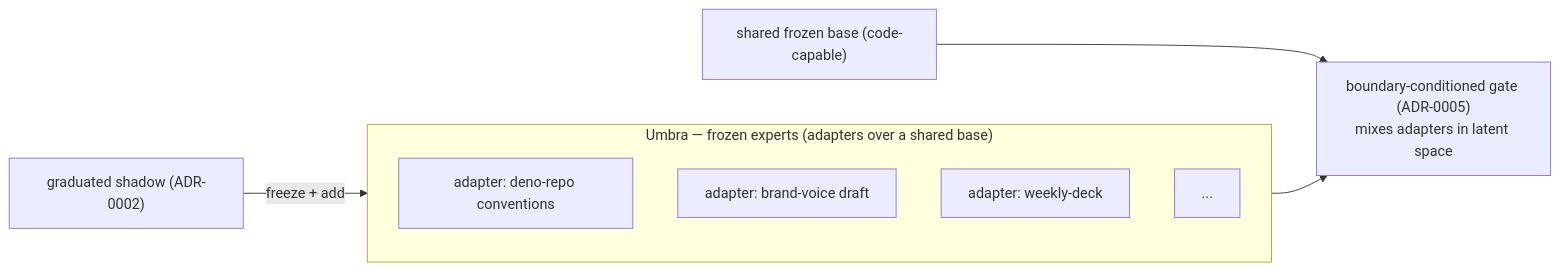
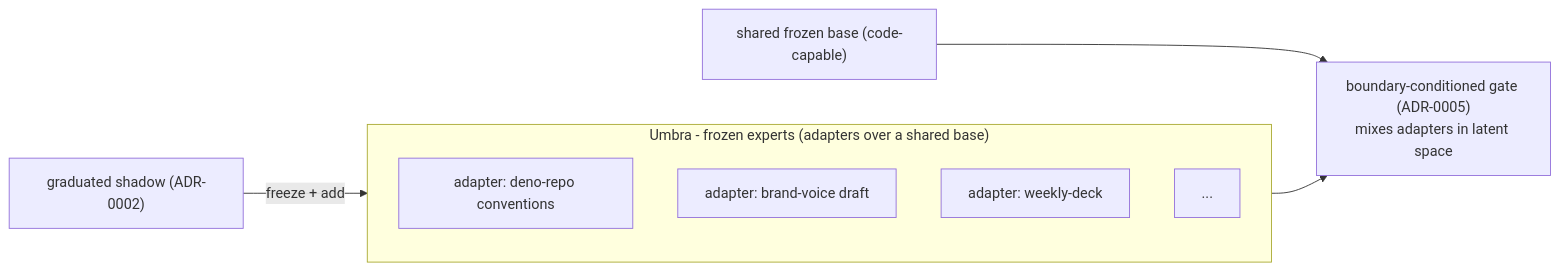
Before and after one commit to albedosehen/antumbra: the diagram in docs/adr/0001-frozen-experts.md, drawn with Mermaid. The commit also changed other lines of this file and 20 other files, not shown here.

````diff
--- a/docs/adr/0001-frozen-experts.md
+++ b/docs/adr/0001-frozen-experts.md
@@ -28,13 +28,13 @@
 ```mermaid
 flowchart LR
-    subgraph POP["Umbra — frozen experts (adapters over a shared base)"]
+    subgraph POP["Umbra - frozen experts (adapters over a shared base)"]
         E1["adapter: deno-repo conventions"]
         E2["adapter: brand-voice draft"]
         E3["adapter: weekly-deck"]
         En["..."]
     end
     BASE["shared frozen base (code-capable)"]
     new["graduated shadow (ADR-0002)"] -->|freeze + add| POP
     POP --> GATE["boundary-conditioned gate (ADR-0005)<br/>mixes adapters in latent space"]
     BASE --> GATE
 ```
````
